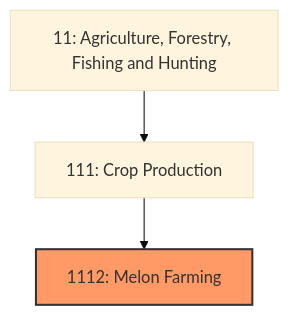
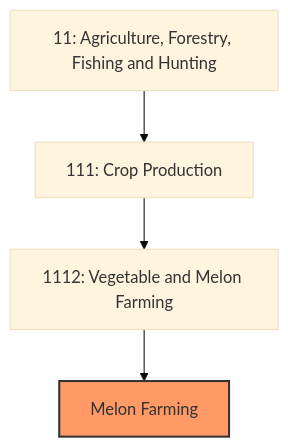
The first of 3 diagrams in industries/Agriculture/CropProduction/MelonFarming.mdx (kziemski/business.org.ai), drawn with Mermaid (base theme) before and after one commit. The commit also changed other lines of this file and 19 other files, not shown here.

First line of the commit message:
feat: enrich industry files and add sequence diagrams to processes

````diff
--- a/industries/Agriculture/CropProduction/MelonFarming.mdx
+++ b/industries/Agriculture/CropProduction/MelonFarming.mdx
@@ -20,7 +34,8 @@
 ```mermaid
 graph TD
     S11["11: Agriculture, Forestry, Fishing and Hunting"]
     S11 --> N111["111: Crop Production"]
-    N111 --> N1112["1112: Melon Farming"]
-    style N1112 fill:#f96,stroke:#333,stroke-width:2px
+    N111 --> N1112["1112: Vegetable and Melon Farming"]
+    N1112 --> MF["Melon Farming"]
+    style MF fill:#f96,stroke:#333,stroke-width:2px
 ```
````
